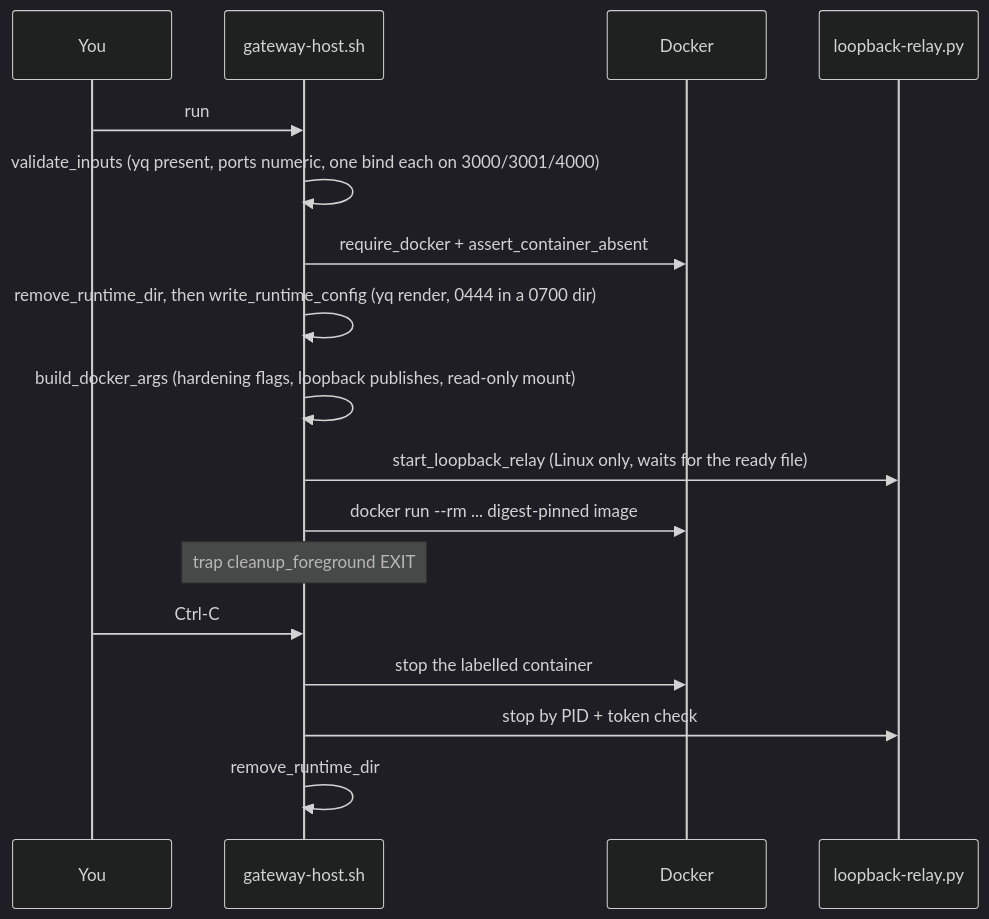
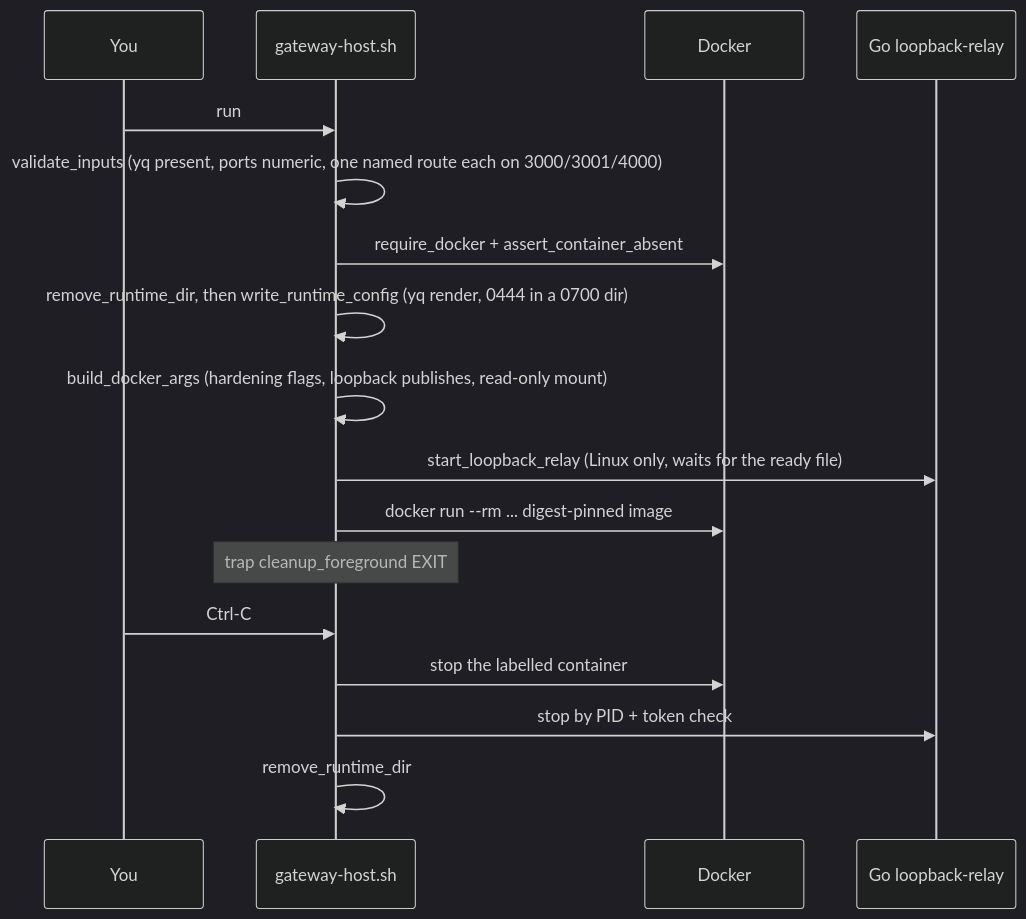
Before and after one commit to LuiGGi629/agentops-open-course: the second of 2 diagrams in content/5. Gateway/5.1. Gateway Setup.md, drawn with Mermaid (dark theme). The commit also changed other lines of this file and 87 other files, not shown here.

````diff
--- a/content/5. Gateway/5.1. Gateway Setup.md
+++ b/content/5. Gateway/5.1. Gateway Setup.md
@@ -114,19 +116,19 @@
 ```mermaid
 sequenceDiagram
     participant You
     participant Wrapper as gateway-host.sh
     participant Docker
-    participant Relay as loopback-relay.py
+    participant Relay as Go loopback-relay
     You->>Wrapper: run
-    Wrapper->>Wrapper: validate_inputs (yq present, ports numeric, one bind each on 3000/3001/4000)
+    Wrapper->>Wrapper: validate_inputs (yq present, ports numeric, one named route each on 3000/3001/4000)
     Wrapper->>Docker: require_docker + assert_container_absent
     Wrapper->>Wrapper: remove_runtime_dir, then write_runtime_config (yq render, 0444 in a 0700 dir)
     Wrapper->>Wrapper: build_docker_args (hardening flags, loopback publishes, read-only mount)
     Wrapper->>Relay: start_loopback_relay (Linux only, waits for the ready file)
     Wrapper->>Docker: docker run --rm ... digest-pinned image
     Note over Wrapper: trap cleanup_foreground EXIT
     You->>Wrapper: Ctrl-C
     Wrapper->>Docker: stop the labelled container
     Wrapper->>Relay: stop by PID + token check
     Wrapper->>Wrapper: remove_runtime_dir
 ```
````
